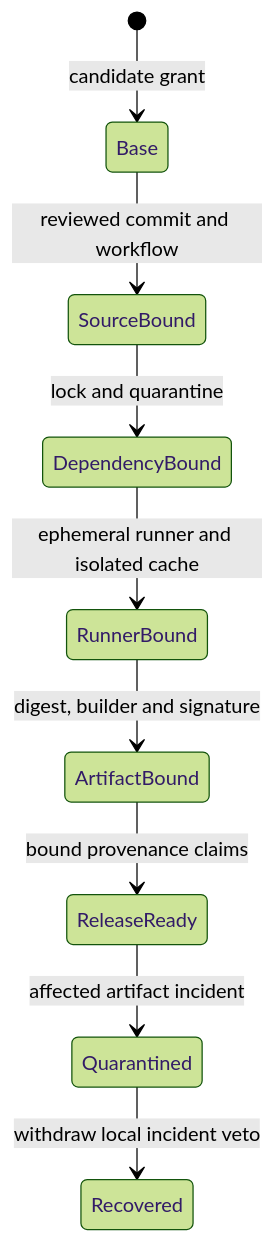
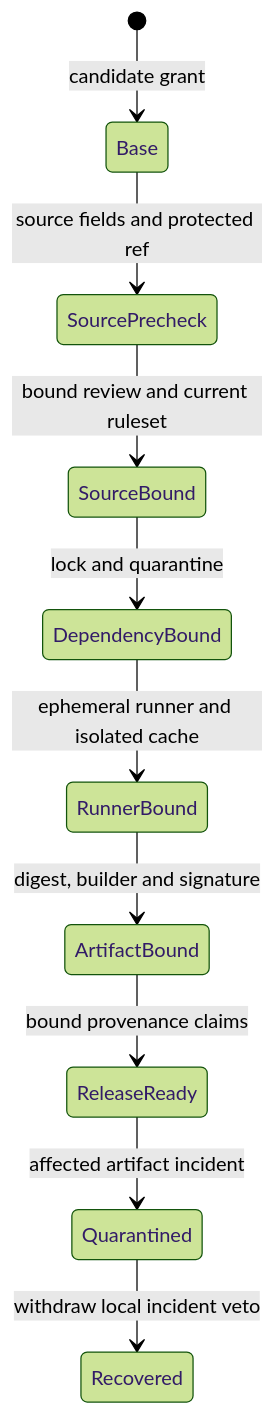
Before and after one commit to tao3k/cedar-poo-spec: the diagram in Examples/Cloud/Pipeline/README.org, drawn with Mermaid (forest theme). The commit also changed other lines of this file and 7 other files, not shown here.

Commit message:
Bind source review evidence into pipeline POO composition

```diff
--- a/Examples/Cloud/Pipeline/README.org
+++ b/Examples/Cloud/Pipeline/README.org
@@ -18,11 +18,12 @@
 #+begin_src mermaid
 stateDiagram-v2
   [*] --> Base: candidate grant
-  Base --> SourceBound: reviewed commit and workflow
+  Base --> SourcePrecheck: source fields and protected ref
+  SourcePrecheck --> SourceBound: bound review and current ruleset
   SourceBound --> DependencyBound: lock and quarantine
   DependencyBound --> RunnerBound: ephemeral runner and isolated cache
   RunnerBound --> ArtifactBound: digest, builder and signature
   ArtifactBound --> ReleaseReady: bound provenance claims
   ReleaseReady --> Quarantined: affected artifact incident
   Quarantined --> Recovered: withdraw local incident veto
 #+end_src
```
